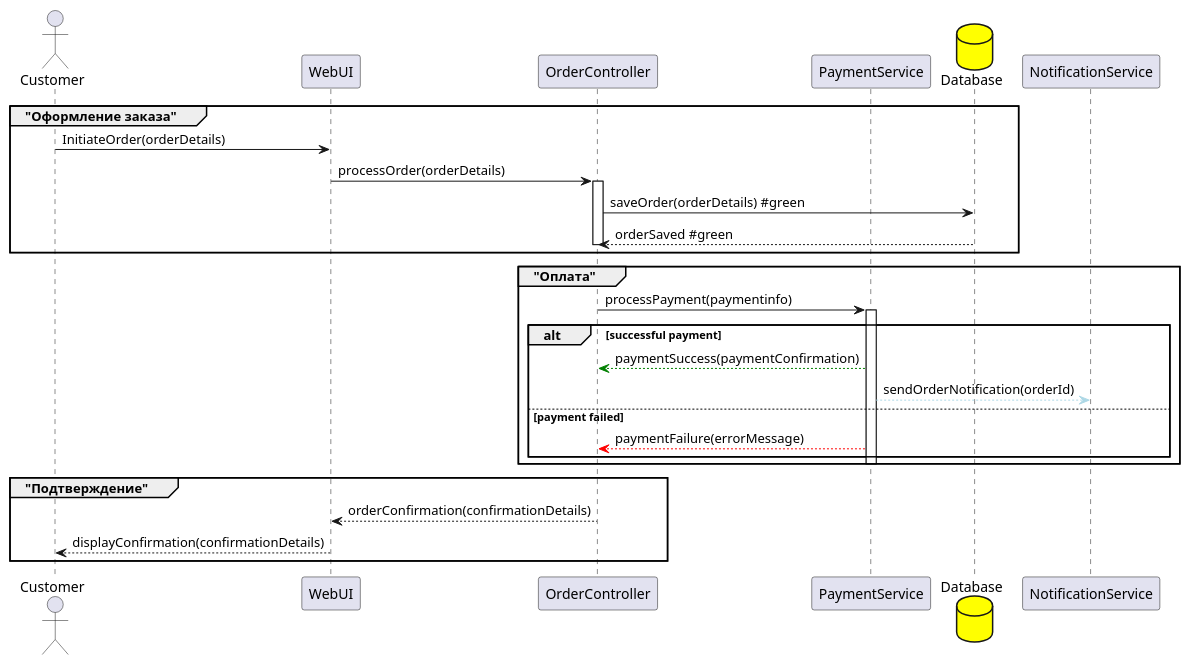
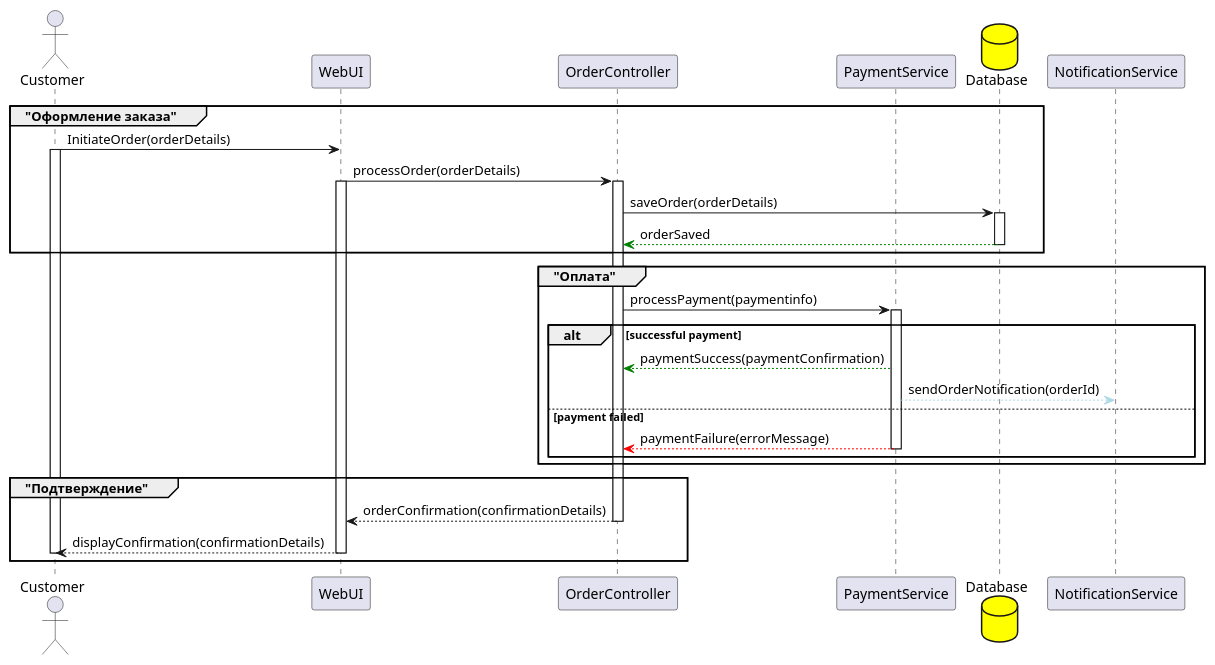
The diagram in homework2/second_step.puml (SDG232/uml-diagrams), drawn with PlantUML before and after one commit. The commit also changed 1 other file, not shown here.

```diff
--- a/homework2/second_step.puml
+++ b/homework2/second_step.puml
@@ -1,40 +1,48 @@
 @startuml step2
 skinparam databaseBackgroundColor #yellow
 
 
 actor Customer
 participant WebUI
 participant OrderController
 participant PaymentService
 database Database 
 participant NotificationService
 
+
 group "Оформление заказа" 
     Customer -> WebUI: InitiateOrder(orderDetails)
+    activate Customer
     WebUI -> OrderController: processOrder(orderDetails)
+    activate WebUI
     activate OrderController
-    OrderController -> Database: saveOrder(orderDetails) #green
-    Database --> OrderController: orderSaved #green
-    deactivate OrderController
+    OrderController -> Database: saveOrder(orderDetails)
+    activate Database 
+    Database --[#green]> OrderController: orderSaved 
+    deactivate Database
+
 end
 
 group "Оплата" 
-  activate OrderController
+
   OrderController -> PaymentService: processPayment(paymentinfo)
   activate PaymentService
   alt successful payment
     PaymentService --[#green]> OrderController : paymentSuccess(paymentConfirmation)
     PaymentService --[#LightBlue]> NotificationService : sendOrderNotification(orderId)
   else payment failed
-    PaymentService --[#red]> OrderController: paymentFailure(errorMessage) 
+    PaymentService --[#red]> OrderController: paymentFailure(errorMessage)
+    deactivate PaymentService 
   end
-  deactivate PaymentService
-  deactivate OrderController
+
 end
 
 group "Подтверждение" 
   OrderController --> WebUI: orderConfirmation(confirmationDetails)
+  deactivate OrderController
   WebUI --> Customer: displayConfirmation(confirmationDetails)
+  deactivate WebUI
+  deactivate Customer
 end
 
 @enduml
```
